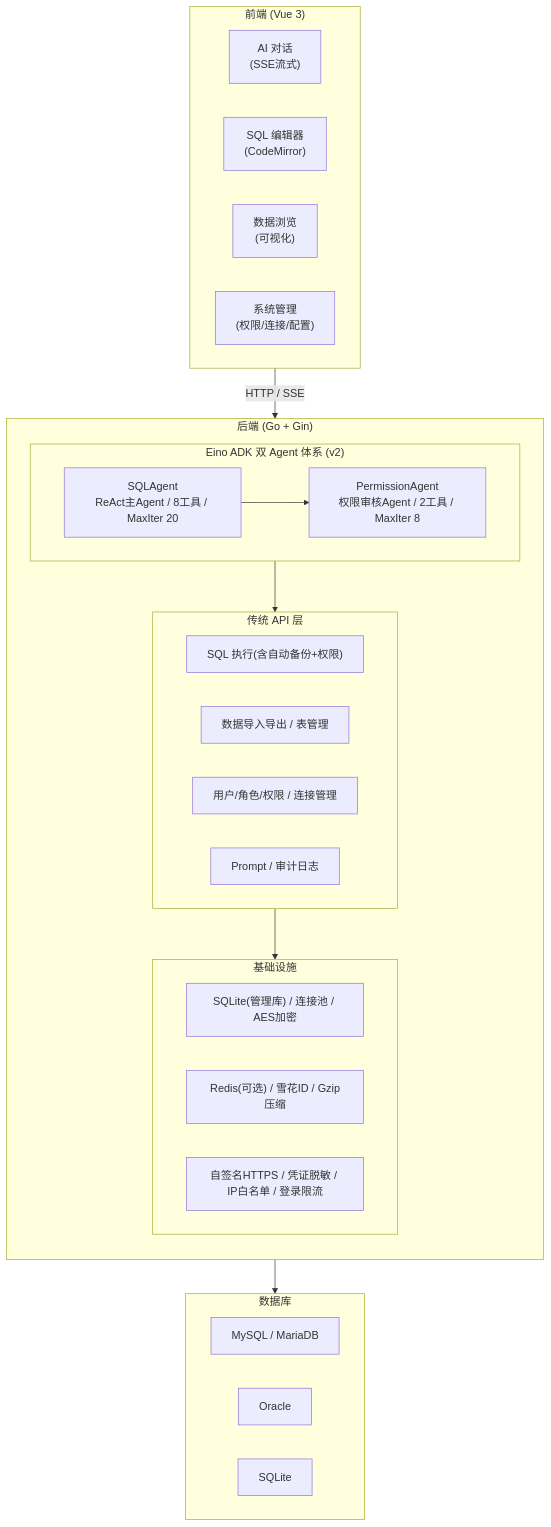
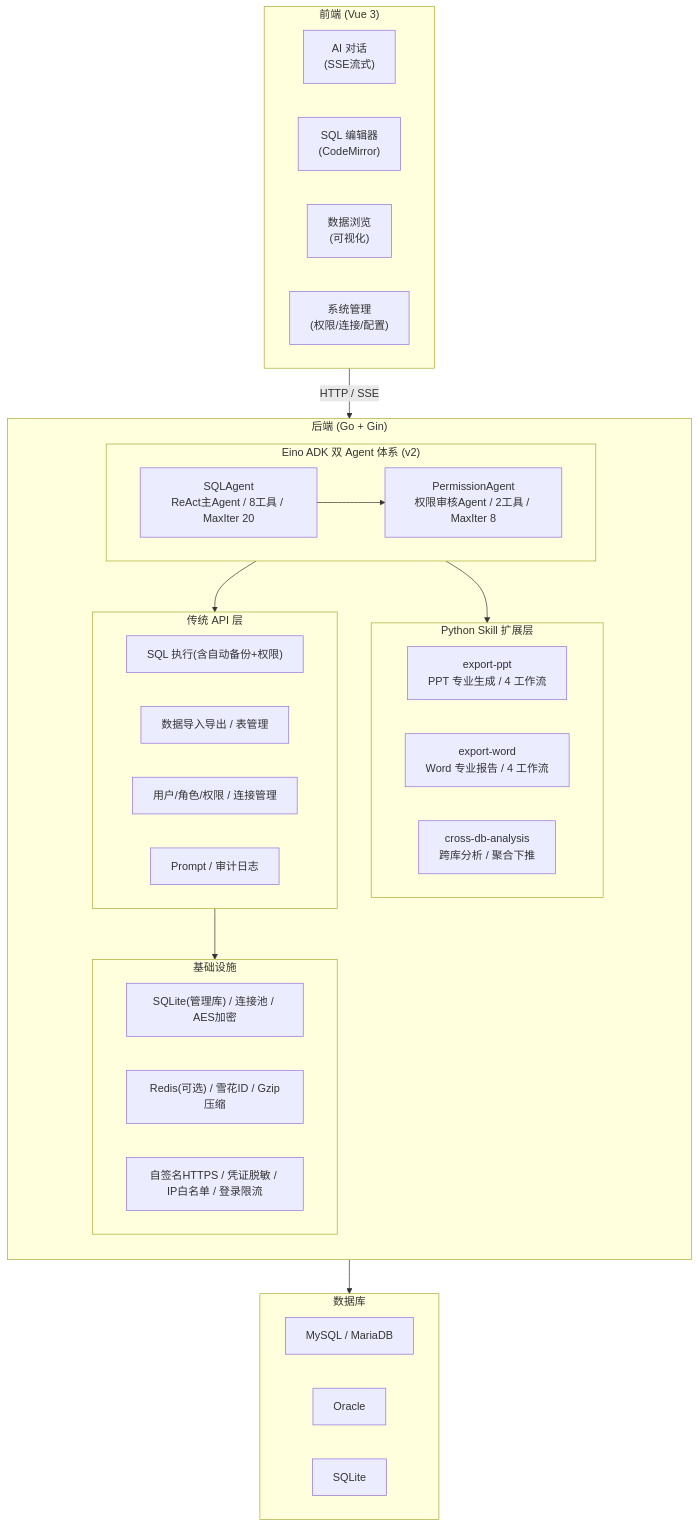
One commit to zdtjss/websql changed the sixth of 6 diagrams in README.md. Above: the diagram before and after it, drawn with Mermaid. The commit also changed other lines of this file and 8 other files, not shown here.

````diff
--- a/README.md
+++ b/README.md
@@ -216,46 +297,52 @@
 ```mermaid
 flowchart TB
     subgraph Frontend["前端 (Vue 3)"]
         direction LR
         F1["AI 对话<br/>(SSE流式)"]
         F2["SQL 编辑器<br/>(CodeMirror)"]
         F3["数据浏览<br/>(可视化)"]
         F4["系统管理<br/>(权限/连接/配置)"]
     end
 
     Frontend -->|"HTTP / SSE"| Backend
 
     subgraph Backend["后端 (Go + Gin)"]
         direction TB
         subgraph Agent["Eino ADK 双 Agent 体系 (v2)"]
             direction LR
             A1["SQLAgent<br/>ReAct主Agent / 8工具 / MaxIter 20"]
             A2["PermissionAgent<br/>权限审核Agent / 2工具 / MaxIter 8"]
             A1 --> A2
         end
+        subgraph Skills["Python Skill 扩展层"]
+            S1["export-ppt<br/>PPT 专业生成 / 4 工作流"]
+            S2["export-word<br/>Word 专业报告 / 4 工作流"]
+            S3["cross-db-analysis<br/>跨库分析 / 聚合下推"]
+        end
         subgraph API["传统 API 层"]
             direction LR
             API1["SQL 执行(含自动备份+权限)"]
             API2["数据导入导出 / 表管理"]
             API3["用户/角色/权限 / 连接管理"]
             API4["Prompt / 审计日志"]
         end
         subgraph Infra["基础设施"]
             direction LR
             I1["SQLite(管理库) / 连接池 / AES加密"]
             I2["Redis(可选) / 雪花ID / Gzip压缩"]
             I3["自签名HTTPS / 凭证脱敏 / IP白名单 / 登录限流"]
         end
         Agent --> API
+        Agent --> Skills
         API --> Infra
     end
 
     Backend --> DB
 
     subgraph DB["数据库"]
         direction LR
         DB1["MySQL / MariaDB"]
         DB2["Oracle"]
         DB3["SQLite"]
     end
 ```
````
